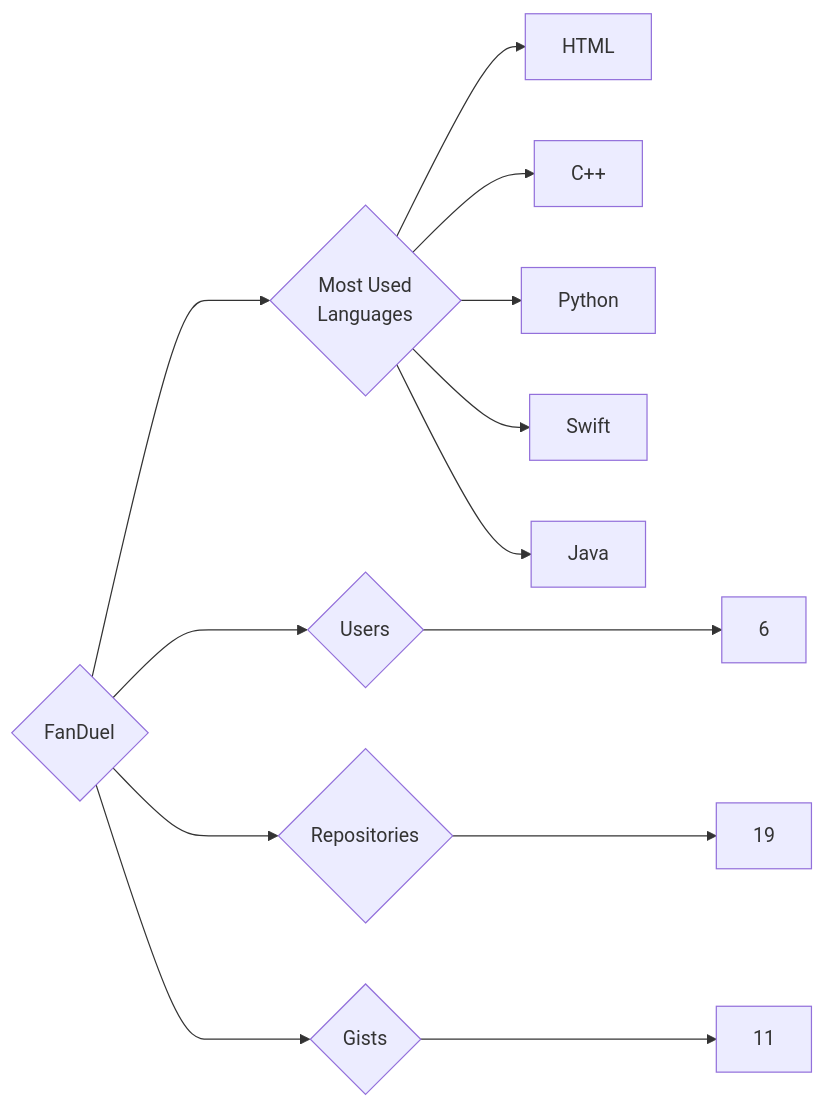
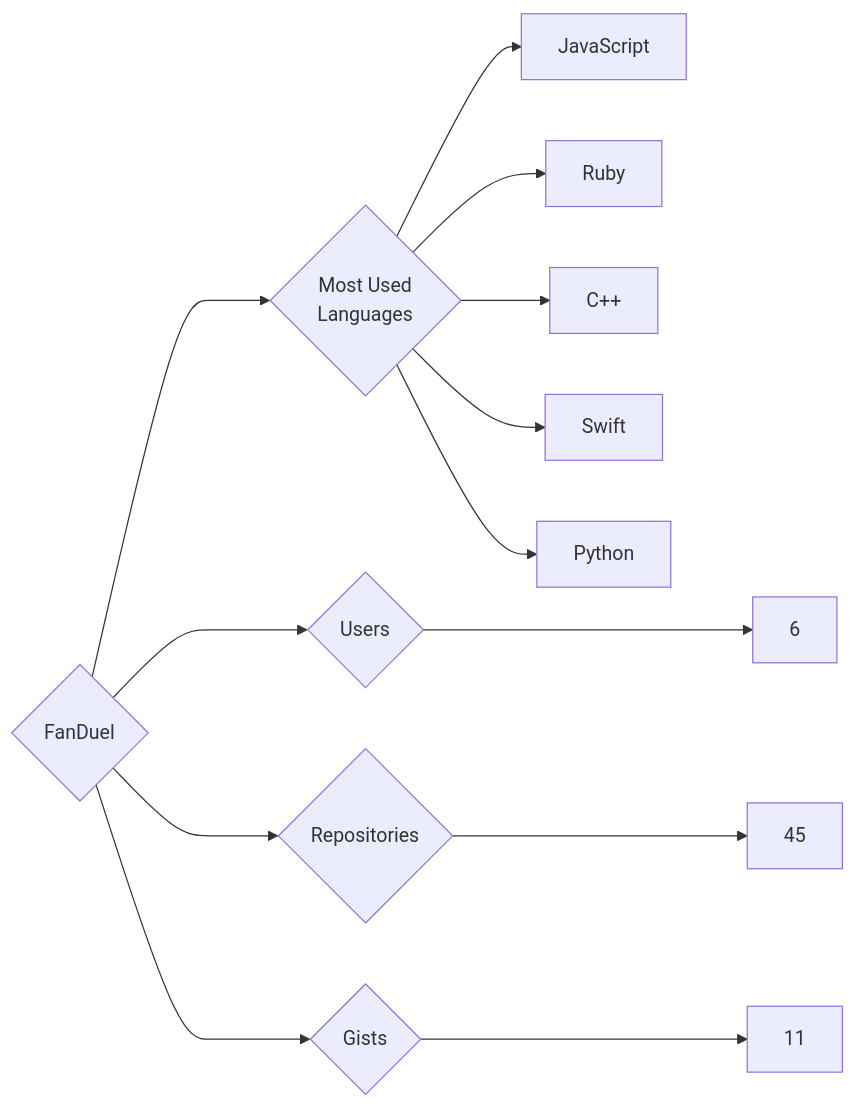
Before and after one commit to trickest/insiders: the diagram in targets/FanDuel/README.md, drawn with Mermaid. The commit also changed 1088 other files, not shown here.

````diff
--- a/targets/FanDuel/README.md
+++ b/targets/FanDuel/README.md
@@ -3,13 +3,13 @@
 ```mermaid
 graph LR
 COMPANY_NAME{FanDuel}
 COMPANY_NAME ---> U{Users} ---> UN[6]
-COMPANY_NAME ---> R{Repositories} ---> RN[19]
+COMPANY_NAME ---> R{Repositories} ---> RN[45]
 COMPANY_NAME ---> G{Gists} ---> GN[11]
 COMPANY_NAME ---> ML{Most Used<br>Languages}
-ML --> HTML[HTML]
+ML --> JavaScript[JavaScript]
+ML --> Ruby[Ruby]
 ML --> C++[C++]
+ML --> Swift[Swift]
 ML --> Python[Python]
-ML --> Swift[Swift]
-ML --> Java[Java]
 ```
````
